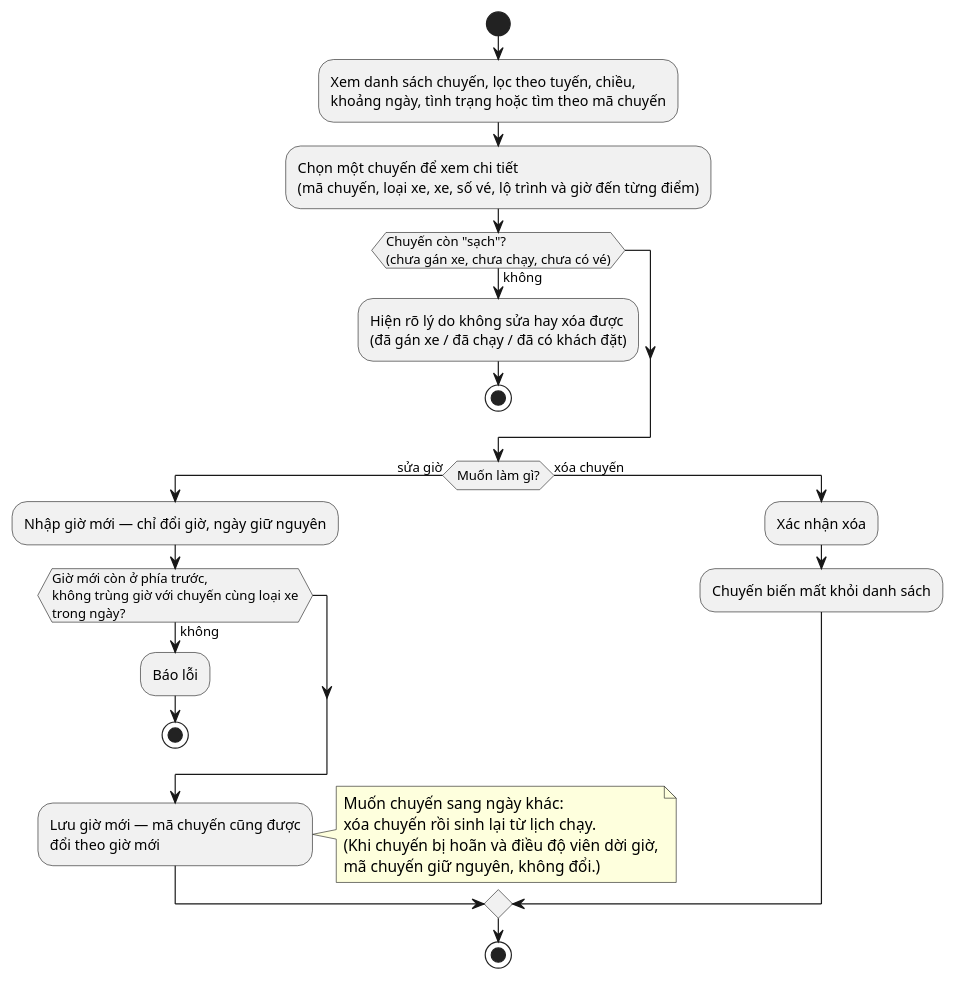
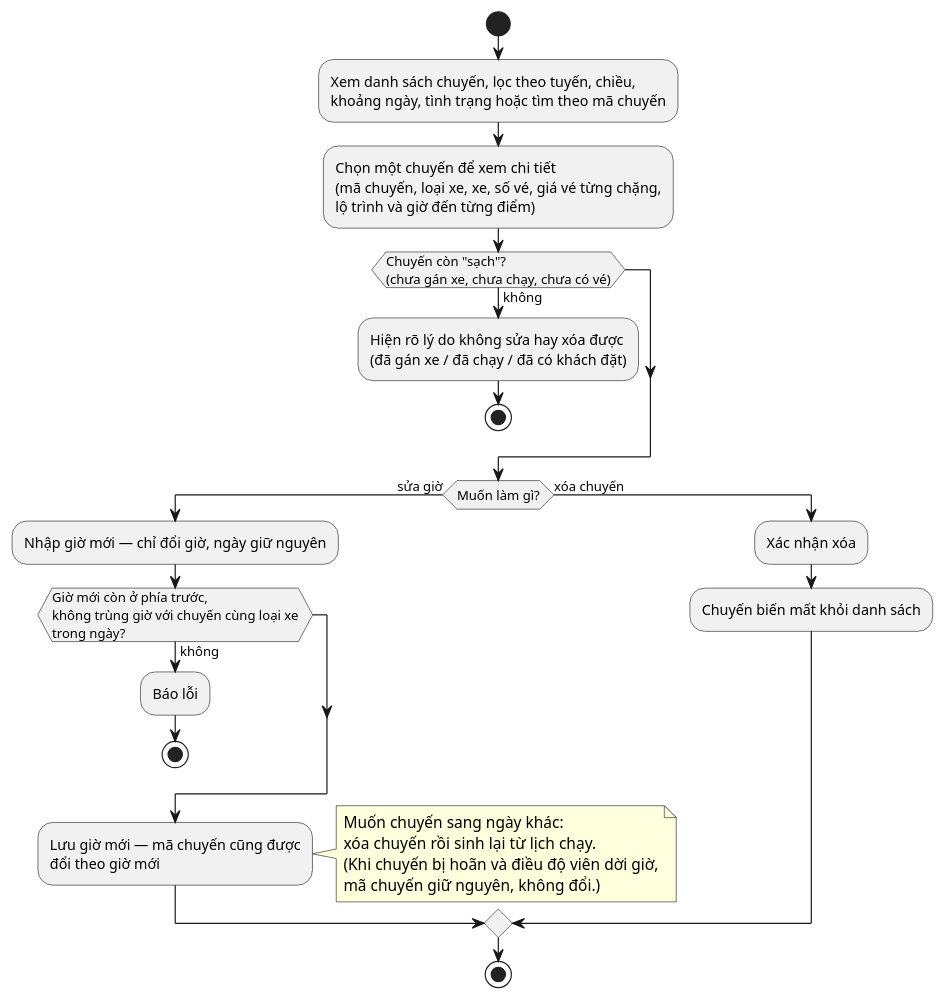
One commit to nguyenvietanhit19/Project1_HeThongQuanLyNhaXeKhachLienTinh changed diagram 23 of 52 in UML_DIAGRAMS.md. Above: the diagram before and after it, drawn with PlantUML. The commit also changed other lines of this file and 23 other files, not shown here.

````diff
--- a/UML_DIAGRAMS.md
+++ b/UML_DIAGRAMS.md
@@ -728,29 +728,29 @@
 ```plantuml
 @startuml AD_UC48_QuanLyChuyen
 start
 :Xem danh sách chuyến, lọc theo tuyến, chiều,\nkhoảng ngày, tình trạng hoặc tìm theo mã chuyến;
-:Chọn một chuyến để xem chi tiết\n(mã chuyến, loại xe, xe, số vé, lộ trình và giờ đến từng điểm);
+:Chọn một chuyến để xem chi tiết\n(mã chuyến, loại xe, xe, số vé, giá vé từng chặng,\nlộ trình và giờ đến từng điểm);
 if (Chuyến còn "sạch"?\n(chưa gán xe, chưa chạy, chưa có vé)) then (không)
   :Hiện rõ lý do không sửa hay xóa được\n(đã gán xe / đã chạy / đã có khách đặt);
   stop
 endif
 if (Muốn làm gì?) then (sửa giờ)
   :Nhập giờ mới — chỉ đổi giờ, ngày giữ nguyên;
   if (Giờ mới còn ở phía trước,\nkhông trùng giờ với chuyến cùng loại xe\ntrong ngày?) then (không)
     :Báo lỗi;
     stop
   endif
   :Lưu giờ mới — mã chuyến cũng được\nđổi theo giờ mới;
   note right
     Muốn chuyến sang ngày khác:
     xóa chuyến rồi sinh lại từ lịch chạy.
     (Khi chuyến bị hoãn và điều độ viên dời giờ,
     mã chuyến giữ nguyên, không đổi.)
   end note
 else (xóa chuyến)
   :Xác nhận xóa;
   :Chuyến biến mất khỏi danh sách;
 endif
 stop
 @enduml
 ```
````
